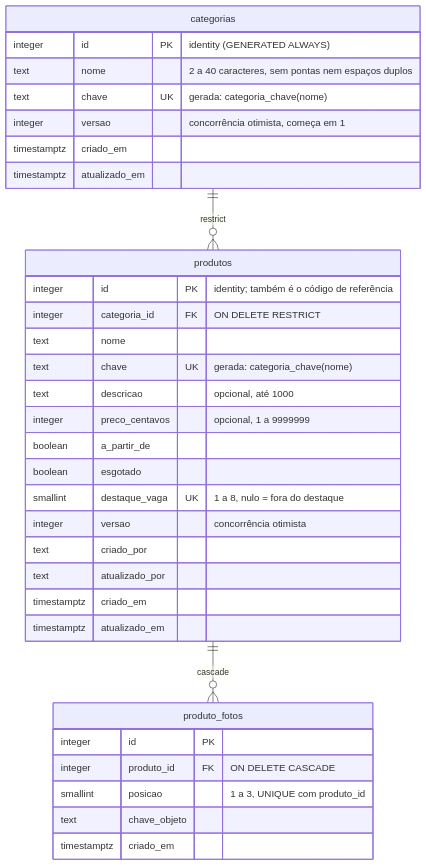
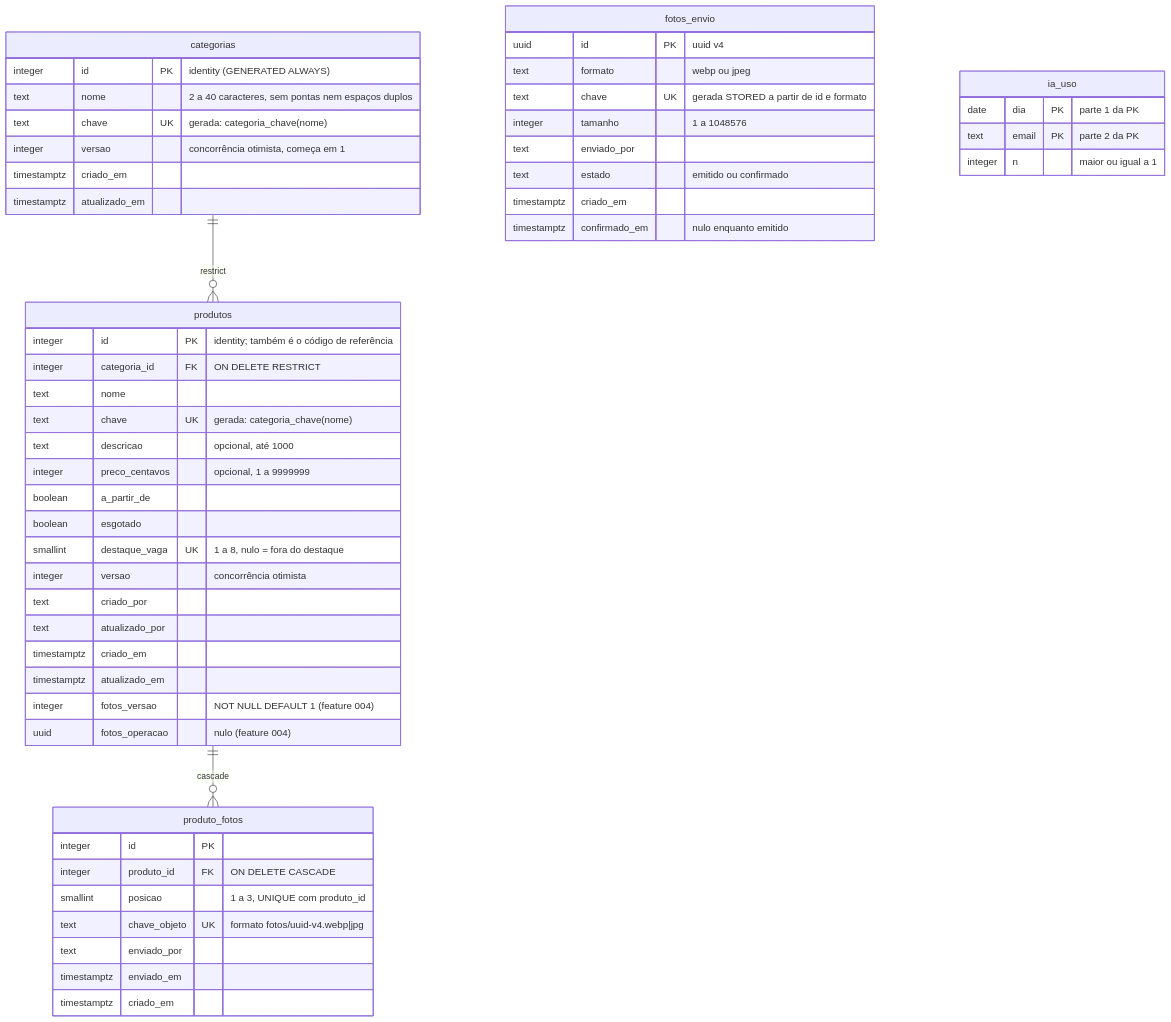
One commit to Willsmt/roseshop changed the diagram in docs/database.md. Above: the diagram before and after it, drawn with Mermaid. The commit also changed other lines of this file and 4 other files, not shown here.

First line of the commit message:
docs(db): sincroniza o schema da SF1 da feature 004

````diff
--- a/docs/database.md
+++ b/docs/database.md
@@ -30,36 +35,55 @@
 ```mermaid
 erDiagram
   categorias {
     integer id PK "identity (GENERATED ALWAYS)"
     text nome "2 a 40 caracteres, sem pontas nem espaços duplos"
     text chave UK "gerada: categoria_chave(nome)"
     integer versao "concorrência otimista, começa em 1"
     timestamptz criado_em
     timestamptz atualizado_em
   }
   produtos {
     integer id PK "identity; também é o código de referência"
     integer categoria_id FK "ON DELETE RESTRICT"
     text nome
     text chave UK "gerada: categoria_chave(nome)"
     text descricao "opcional, até 1000"
     integer preco_centavos "opcional, 1 a 9999999"
     boolean a_partir_de
     boolean esgotado
     smallint destaque_vaga UK "1 a 8, nulo = fora do destaque"
     integer versao "concorrência otimista"
     text criado_por
     text atualizado_por
     timestamptz criado_em
     timestamptz atualizado_em
+    integer fotos_versao "NOT NULL DEFAULT 1 (feature 004)"
+    uuid fotos_operacao "nulo (feature 004)"
   }
   produto_fotos {
     integer id PK
     integer produto_id FK "ON DELETE CASCADE"
     smallint posicao "1 a 3, UNIQUE com produto_id"
-    text chave_objeto
+    text chave_objeto UK "formato fotos/uuid-v4.webp|jpg"
+    text enviado_por
+    timestamptz enviado_em
     timestamptz criado_em
+  }
+  fotos_envio {
+    uuid id PK "uuid v4"
+    text formato "webp ou jpeg"
+    text chave UK "gerada STORED a partir de id e formato"
+    integer tamanho "1 a 1048576"
+    text enviado_por
+    text estado "emitido ou confirmado"
+    timestamptz criado_em
+    timestamptz confirmado_em "nulo enquanto emitido"
+  }
+  ia_uso {
+    date dia PK "parte 1 da PK"
+    text email PK "parte 2 da PK"
+    integer n "maior ou igual a 1"
   }
   categorias ||--o{ produtos : "restrict"
   produtos ||--o{ produto_fotos : "cascade"
 ```
````
